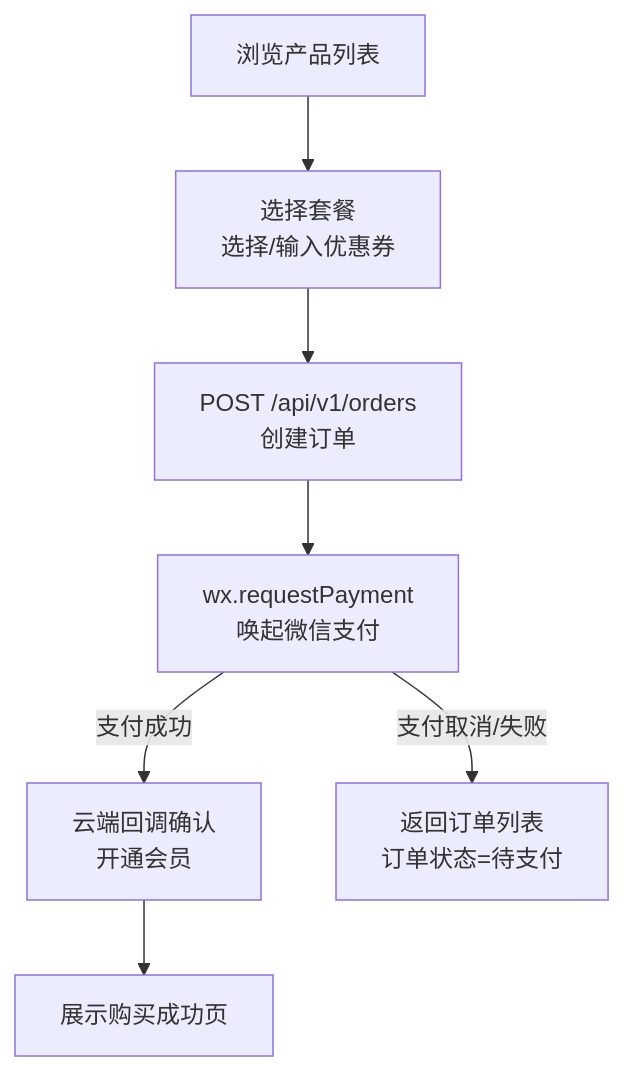
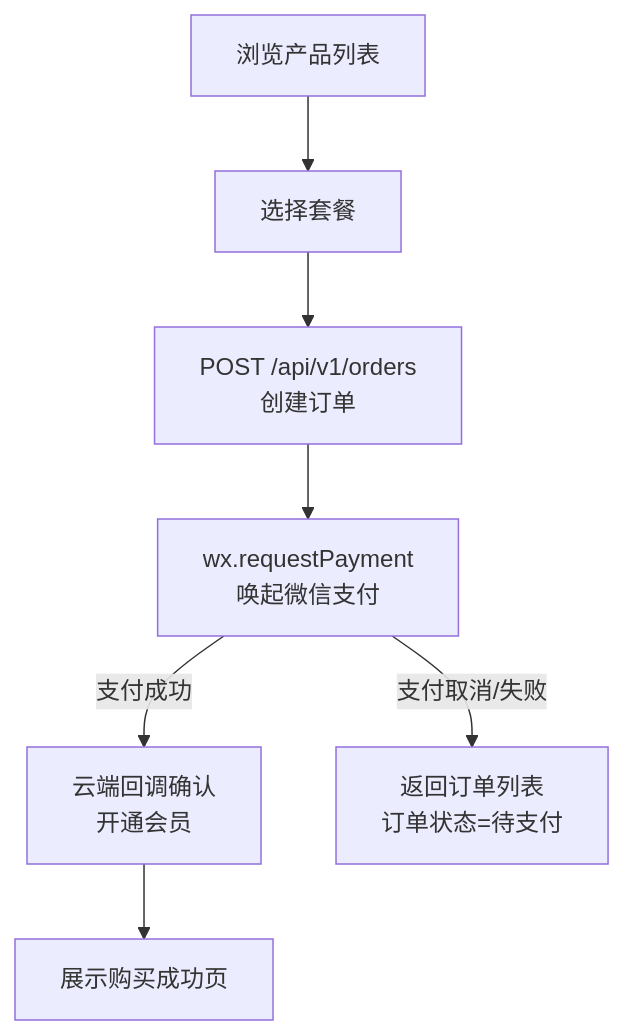
One commit to fitron-app/docs changed the second of 3 diagrams in docs/subsystems/mini-program.md. Above: the diagram before and after it, drawn with Mermaid. The commit also changed other lines of this file and 12 other files, not shown here.

````diff
--- a/docs/subsystems/mini-program.md
+++ b/docs/subsystems/mini-program.md
@@ -134,10 +134,10 @@
 ```mermaid
 flowchart TD
     Browse["浏览产品列表"]
-    Browse --> SelectProduct["选择套餐\n选择/输入优惠券"]
+    Browse --> SelectProduct["选择套餐"]
     SelectProduct --> CreateOrder["POST /api/v1/orders\n创建订单"]
     CreateOrder --> WxPay["wx.requestPayment\n唤起微信支付"]
     WxPay -->|"支付成功"| Callback["云端回调确认\n开通会员"]
     Callback --> ShowSuccess["展示购买成功页"]
     WxPay -->|"支付取消/失败"| BackToList["返回订单列表\n订单状态=待支付"]
 ```
````
